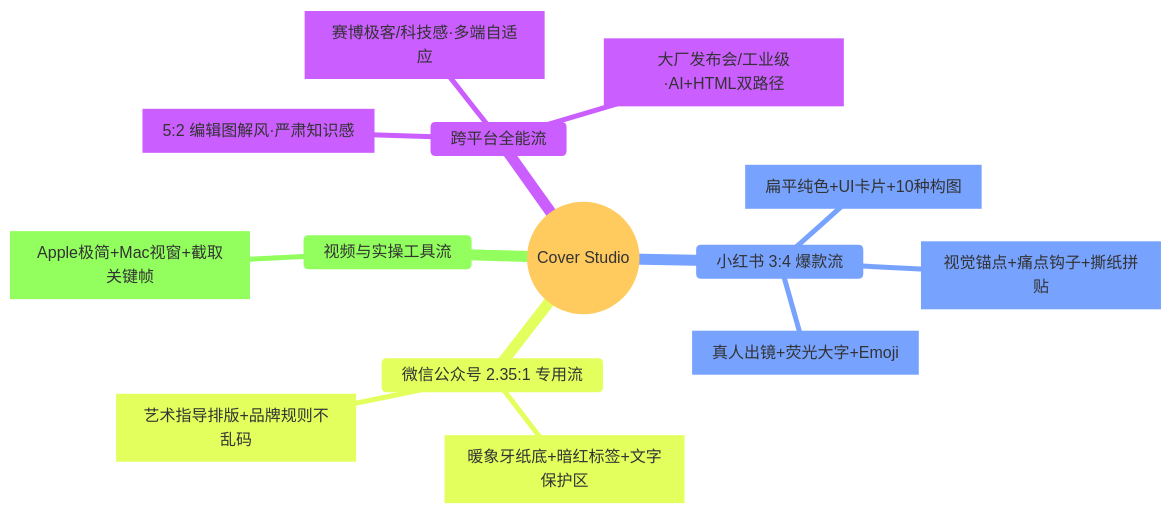
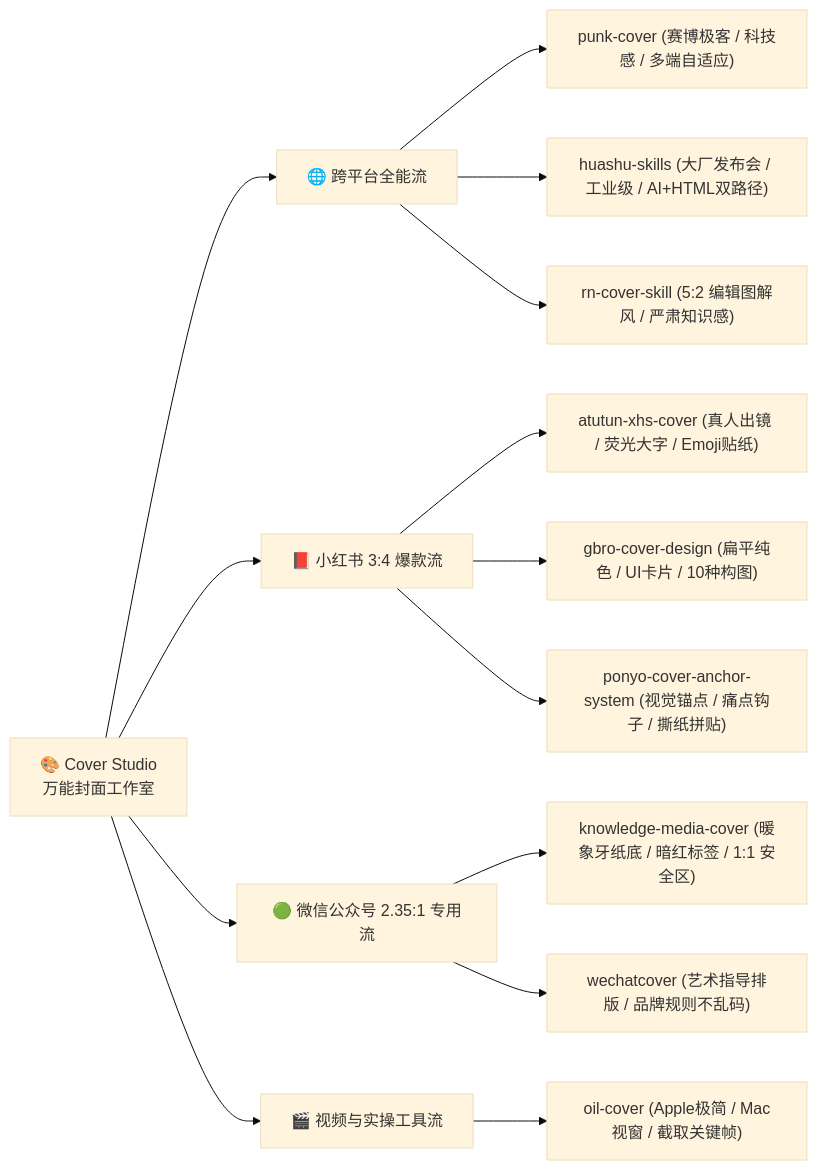
The second of 2 diagrams in README.md (kaomei/cover-studio), drawn with Mermaid (base theme) before and after one commit. The commit also changed other lines of this file and 7 other files, not shown here.

Commit message:
fix(docs): fix Mermaid diagram syntax errors and quote all node labels for GitHub renderer

````diff
--- a/README.md
+++ b/README.md
@@ -71,17 +75,21 @@
 ```mermaid
-mindmap
-  root((Cover Studio))
-    跨平台全能流
-      punk-cover [赛博极客/科技感·多端自适应]
-      huashu-skills [大厂发布会/工业级·AI+HTML双路径]
-      rn-cover-skill [5:2 编辑图解风·严肃知识感]
-    小红书 3:4 爆款流
-      atutun-xhs-cover [真人出镜+荧光大字+Emoji]
-      gbro-cover-design [扁平纯色+UI卡片+10种构图]
-      ponyo-cover-anchor-system [视觉锚点+痛点钩子+撕纸拼贴]
-    微信公众号 2.35:1 专用流
-      knowledge-media-cover [暖象牙纸底+暗红标签+文字保护区]
-      wechatcover [艺术指导排版+品牌规则不乱码]
-    视频与实操工具流
-      oil-cover [Apple极简+Mac视窗+截取关键帧]
+flowchart LR
+    CS["🎨 Cover Studio<br/>万能封面工作室"]
+    
+    CS --> S1["🌐 跨平台全能流"]
+    S1 --> E1["punk-cover (赛博极客 / 科技感 / 多端自适应)"]
+    S1 --> E2["huashu-skills (大厂发布会 / 工业级 / AI+HTML双路径)"]
+    S1 --> E3["rn-cover-skill (5:2 编辑图解风 / 严肃知识感)"]
+
+    CS --> S2["📕 小红书 3:4 爆款流"]
+    S2 --> E4["atutun-xhs-cover (真人出镜 / 荧光大字 / Emoji贴纸)"]
+    S2 --> E5["gbro-cover-design (扁平纯色 / UI卡片 / 10种构图)"]
+    S2 --> E6["ponyo-cover-anchor-system (视觉锚点 / 痛点钩子 / 撕纸拼贴)"]
+
+    CS --> S3["🟢 微信公众号 2.35:1 专用流"]
+    S3 --> E7["knowledge-media-cover (暖象牙纸底 / 暗红标签 / 1:1 安全区)"]
+    S3 --> E8["wechatcover (艺术指导排版 / 品牌规则不乱码)"]
+
+    CS --> S4["🎬 视频与实操工具流"]
+    S4 --> E9["oil-cover (Apple极简 / Mac视窗 / 截取关键帧)"]
 ```
````
